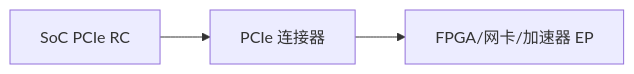
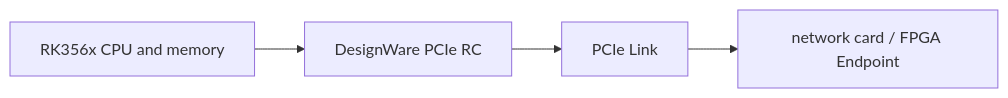
Before and after one commit to cdragon-ljl/EEandEdgeAI: the second of 5 diagrams in docs/articles/pcie/pci-15-rc-ep-hardware-link-bring-up.md, drawn with Mermaid. The commit also changed other lines of this file and 4 other files, not shown here.

````diff
--- a/docs/articles/pcie/pci-15-rc-ep-hardware-link-bring-up.md
+++ b/docs/articles/pcie/pci-15-rc-ep-hardware-link-bring-up.md
@@ -26,5 +41,6 @@
 ```mermaid
 flowchart LR
-    A[SoC PCIe RC] --> B[PCIe 连接器]
-    B --> C[FPGA/网卡/加速器 EP]
+    CPU[RK356x CPU and memory] --> RC[DesignWare PCIe RC]
+    RC --> LINK[PCIe Link]
+    LINK --> EP[network card / FPGA Endpoint]
 ```
````
